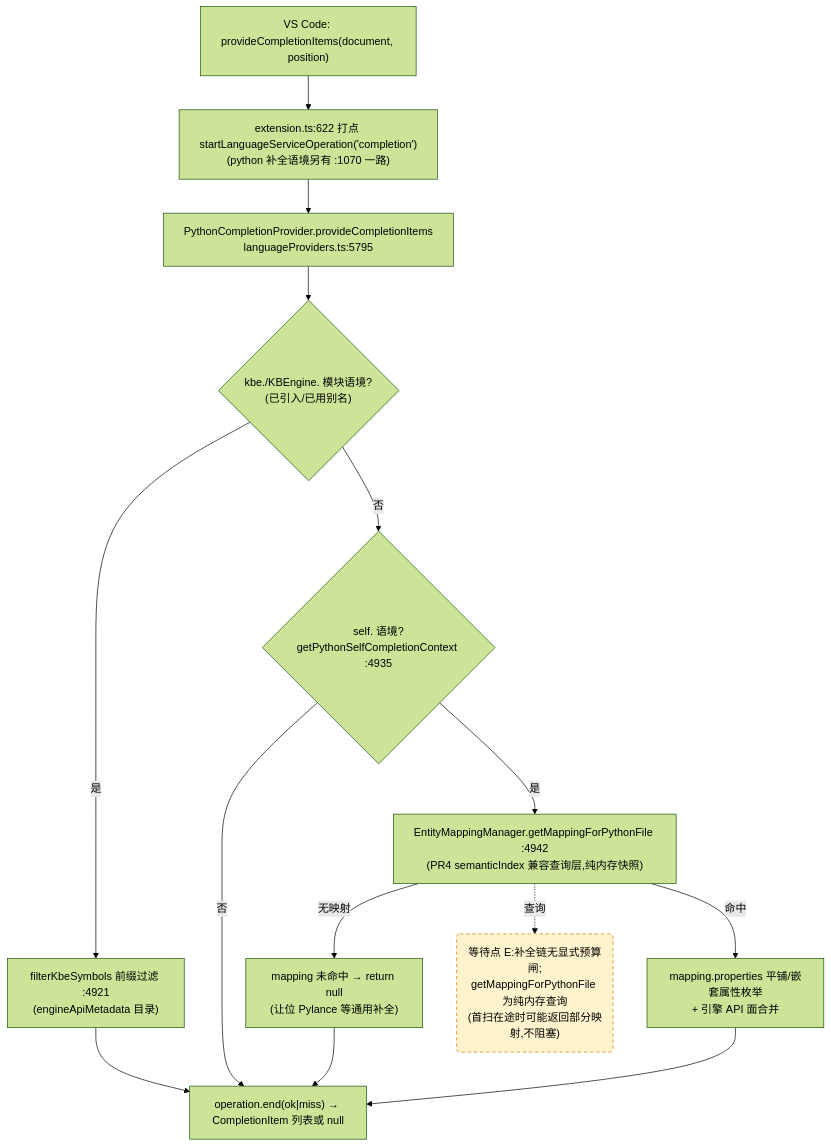
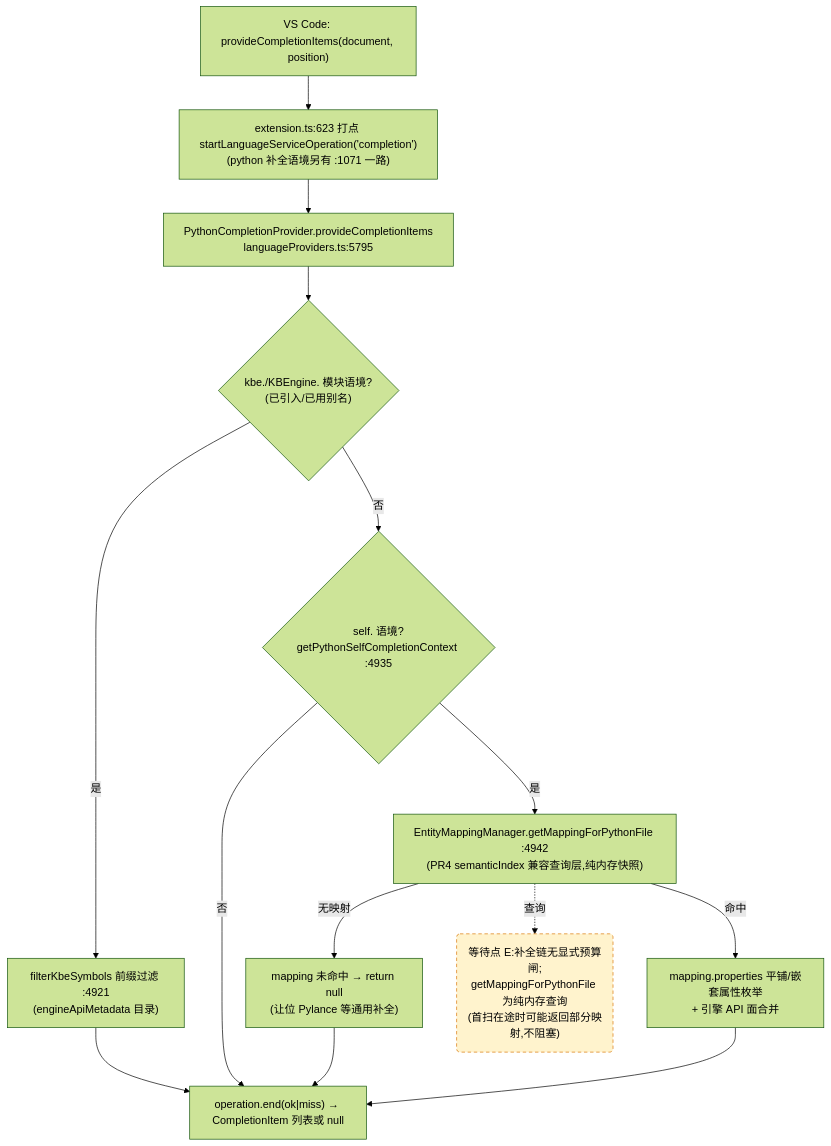
The third of 4 diagrams in docs/perf/2026-baseline.md (cuihairu/kode), drawn with Mermaid (forest theme) before and after one commit. The commit also changed other lines of this file and 12 other files, not shown here.

````diff
--- a/docs/perf/2026-baseline.md
+++ b/docs/perf/2026-baseline.md
@@ -184,27 +184,27 @@
 ```mermaid
 flowchart TD
   VC3["VS Code: provideCompletionItems(document, position)"]
-  M3["extension.ts:622 打点 startLanguageServiceOperation('completion')<br/>(python 补全语境另有 :1070 一路)"]
+  M3["extension.ts:623 打点 startLanguageServiceOperation('completion')<br/>(python 补全语境另有 :1071 一路)"]
   CP["PythonCompletionProvider.provideCompletionItems<br/>languageProviders.ts:5795"]
   KBEC{"kbe./KBEngine. 模块语境?<br/>(已引入/已用别名)"}
   FILTER["filterKbeSymbols 前缀过滤 :4921<br/>(engineApiMetadata 目录)"]
   SELFC{"self. 语境?<br/>getPythonSelfCompletionContext :4935"}
   MAP["EntityMappingManager.getMappingForPythonFile :4942<br/>(PR4 semanticIndex 兼容查询层,纯内存快照)"]
   NOMAP["mapping 未命中 → return null<br/>(让位 Pylance 等通用补全)"]
   PROPS["mapping.properties 平铺/嵌套属性枚举<br/>+ 引擎 API 面合并"]
   END3["operation.end(ok|miss) → CompletionItem 列表或 null"]
 
   VC3 --> M3 --> CP --> KBEC
   KBEC -- "是" --> FILTER --> END3
   KBEC -- "否" --> SELFC
   SELFC -- "否" --> END3
   SELFC -- "是" --> MAP
   MAP -- "无映射" --> NOMAP --> END3
   MAP -- "命中" --> PROPS --> END3
 
   WAITE("等待点 E:补全链无显式预算闸;<br/>getMappingForPythonFile 为纯内存查询<br/>(首扫在途时可能返回部分映射,不阻塞)")
   MAP -.->|查询| WAITE
 
   classDef waitPoint fill:#fff3cd,stroke:#d97706,stroke-dasharray:5 4;
   class WAITE waitPoint;
 ```
````
